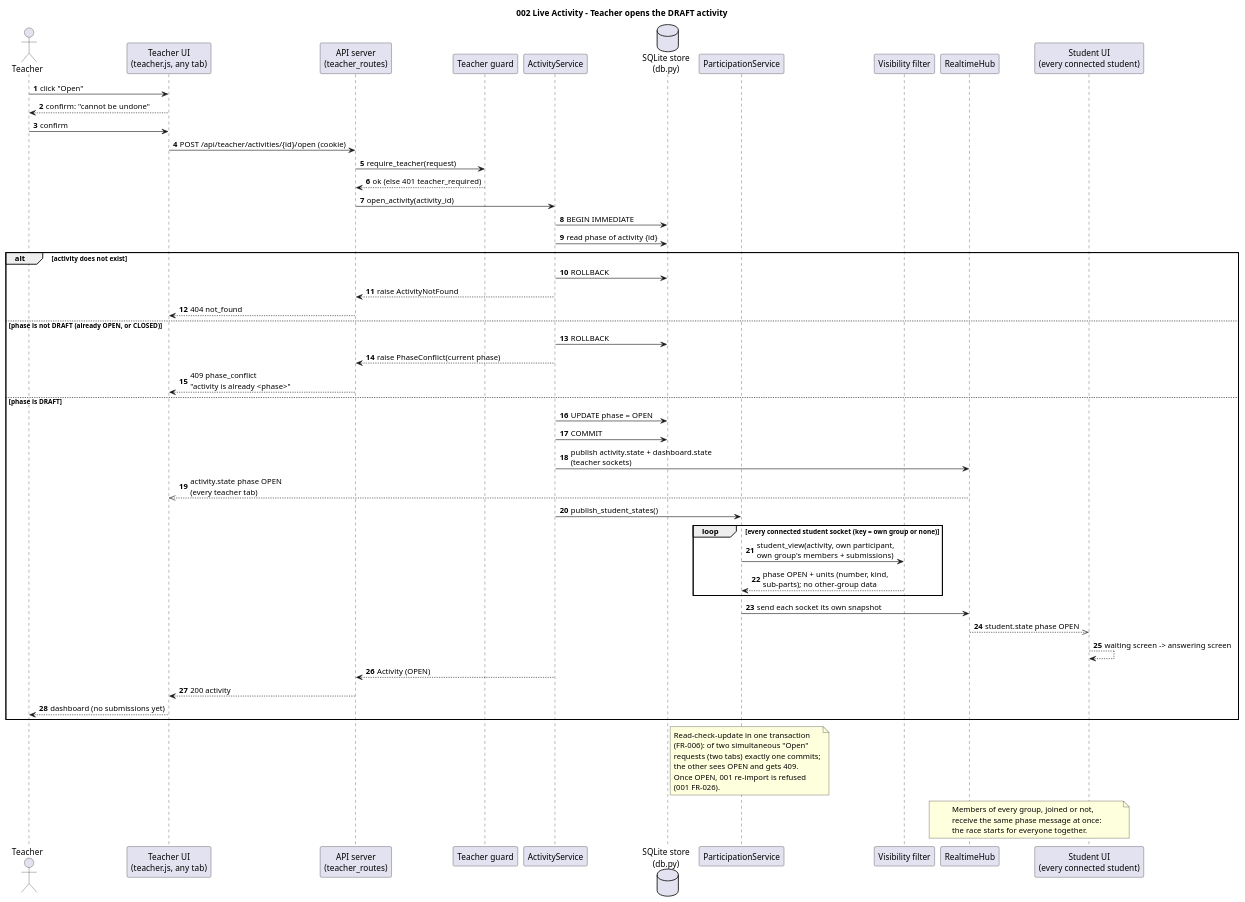
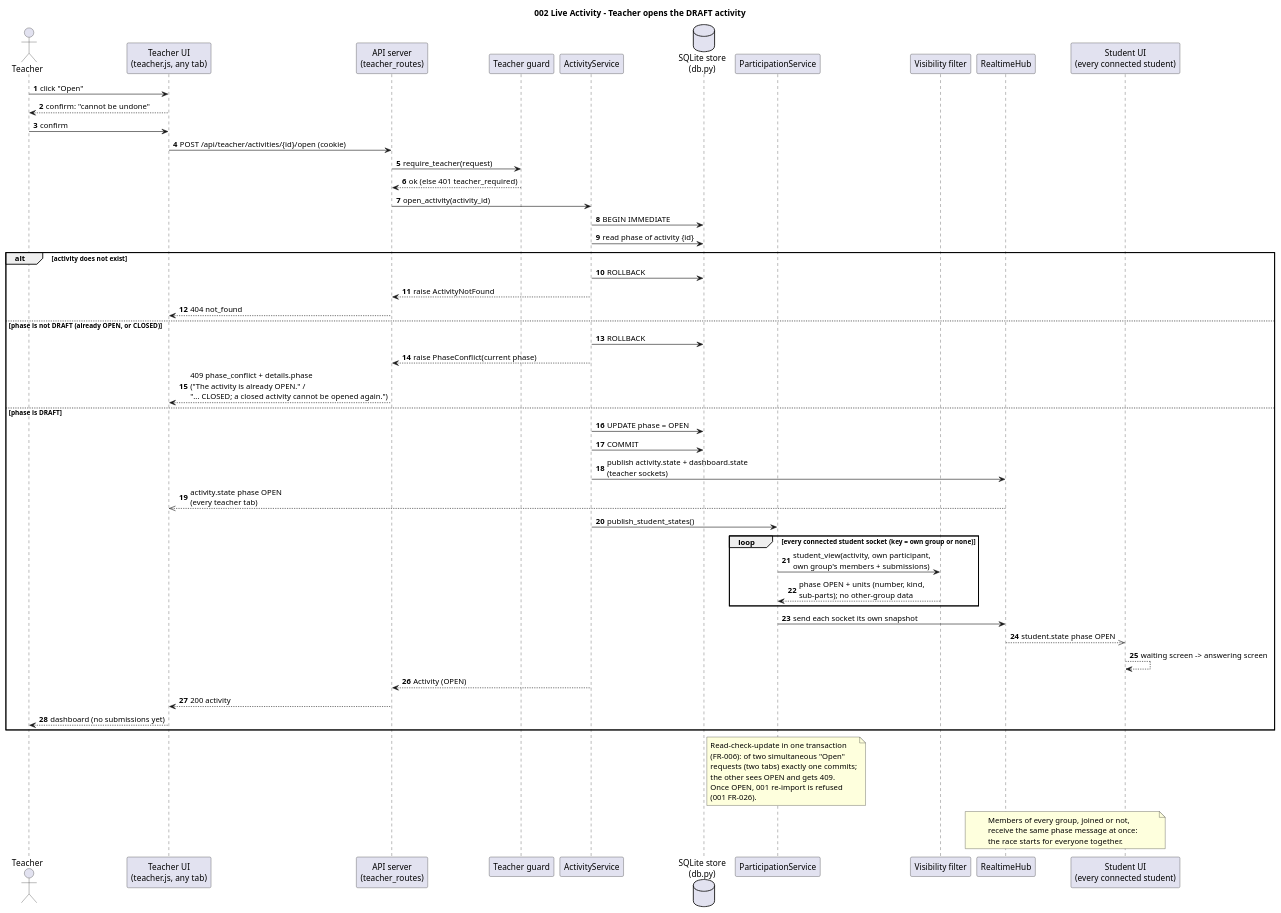
Before and after one commit to WasabiSaikou/quiz-buzzer: the diagram in diagrams/002-seq-open-activity.puml, drawn with PlantUML. The commit also changed 16 other files, not shown here.

First line of the commit message:
chore(002): Phase 8 polish - log hygiene, push latency, code-vs-diagram verification

```diff
--- a/diagrams/002-seq-open-activity.puml
+++ b/diagrams/002-seq-open-activity.puml
@@ -1,68 +1,68 @@
 @startuml 002-seq-open-activity
 title 002 Live Activity - Teacher opens the DRAFT activity
 
 skinparam shadowing false
 skinparam defaultFontName "Microsoft JhengHei"
 autonumber
 
 actor Teacher
 participant "Teacher UI\n(teacher.js, any tab)" as TUI
 participant "API server\n(teacher_routes)" as API
 participant "Teacher guard" as AUTH
 participant "ActivityService" as ACT
 database "SQLite store\n(db.py)" as DB
 participant "ParticipationService" as PSVC
 participant "Visibility filter" as VIS
 participant "RealtimeHub" as RT
 participant "Student UI\n(every connected student)" as SUI
 
 Teacher -> TUI : click "Open"
 TUI --> Teacher : confirm: "cannot be undone"
 Teacher -> TUI : confirm
 TUI -> API : POST /api/teacher/activities/{id}/open (cookie)
 API -> AUTH : require_teacher(request)
 AUTH --> API : ok (else 401 teacher_required)
 API -> ACT : open_activity(activity_id)
 ACT -> DB : BEGIN IMMEDIATE
 ACT -> DB : read phase of activity {id}
 alt activity does not exist
   ACT -> DB : ROLLBACK
   ACT --> API : raise ActivityNotFound
   API --> TUI : 404 not_found
 else phase is not DRAFT (already OPEN, or CLOSED)
   ACT -> DB : ROLLBACK
   ACT --> API : raise PhaseConflict(current phase)
-  API --> TUI : 409 phase_conflict\n"activity is already <phase>"
+  API --> TUI : 409 phase_conflict + details.phase\n("The activity is already OPEN." /\n"... CLOSED; a closed activity cannot be opened again.")
 else phase is DRAFT
   ACT -> DB : UPDATE phase = OPEN
   ACT -> DB : COMMIT
   ACT -> RT : publish activity.state + dashboard.state\n(teacher sockets)
   RT -->> TUI : activity.state phase OPEN\n(every teacher tab)
   ACT -> PSVC : publish_student_states()
   loop every connected student socket (key = own group or none)
     PSVC -> VIS : student_view(activity, own participant,\nown group's members + submissions)
     VIS --> PSVC : phase OPEN + units (number, kind,\nsub-parts); no other-group data
   end
   PSVC -> RT : send each socket its own snapshot
   RT -->> SUI : student.state phase OPEN
   SUI --> SUI : waiting screen -> answering screen
   ACT --> API : Activity (OPEN)
   API --> TUI : 200 activity
   TUI --> Teacher : dashboard (no submissions yet)
 end
 
 note right of DB
   Read-check-update in one transaction
   (FR-006): of two simultaneous "Open"
   requests (two tabs) exactly one commits;
   the other sees OPEN and gets 409.
   Once OPEN, 001 re-import is refused
   (001 FR-026).
 end note
 
 note over RT, SUI
   Members of every group, joined or not,
   receive the same phase message at once:
   the race starts for everyone together.
 end note
 @enduml
```
